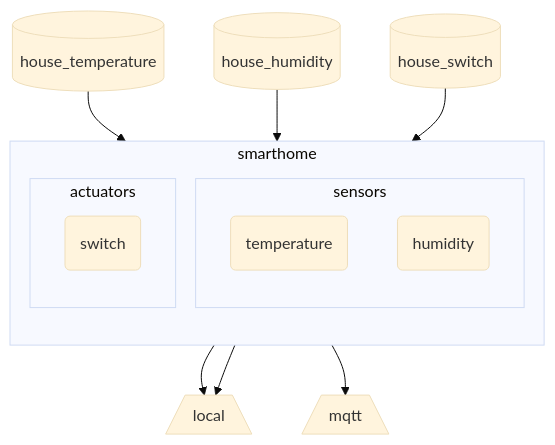
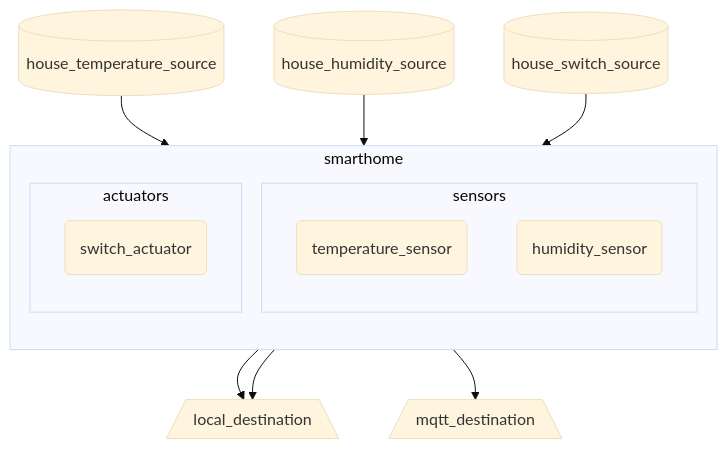
The fourth of 5 diagrams in README.md (dipi-unimore/python-mock-physical-twin), drawn with Mermaid (base theme) before and after one commit. The commit also changed other lines of this file, not shown here.

````diff
--- a/README.md
+++ b/README.md
@@ -272,34 +276,34 @@
 ```mermaid
 flowchart TD
 
-    SR1@{ shape: cyl, label: "house_temperature" }
-    SR2@{ shape: cyl, label: "house_humidity" }
-    SR3@{ shape: cyl, label: "house_switch" }
+    SR1@{ shape: cyl, label: "house_temperature_source" }
+    SR2@{ shape: cyl, label: "house_humidity_source" }
+    SR3@{ shape: cyl, label: "house_switch_source" }
     
-    DS1@{ shape: trap-b, label: "mqtt" }
-    DS2@{ shape: trap-b, label: "local" }
+    DS1@{ shape: trap-b, label: "mqtt_destination" }
+    DS2@{ shape: trap-b, label: "local_destination" }
 
 
     subgraph Device ["smarthome"]
         direction TB
         
         subgraph SG1 ["sensors"]
-            ST1@{ shape: rounded, label: "temperature" }
-            ST2@{ shape: rounded, label: "humidity" }
+            ST1@{ shape: rounded, label: "temperature_sensor" }
+            ST2@{ shape: rounded, label: "humidity_sensor" }
         end
 
         subgraph SG2 ["actuators"]
-            ST3@{ shape: rounded, label: "switch" }
+            ST3@{ shape: rounded, label: "switch_actuator" }
         end
     end
 
 
     SR1 --> ST1
     SR2 --> ST2
     SR3 --> ST3
 
 
     ST1 --> DS2
     ST2 --> DS1
     ST2 --> DS2
 ```
````
